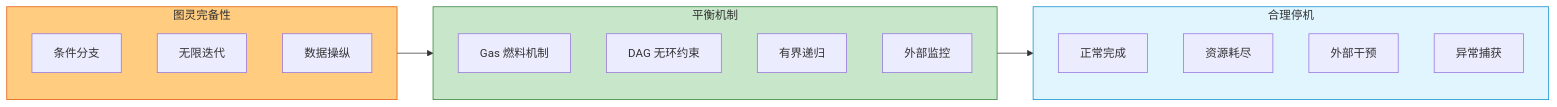
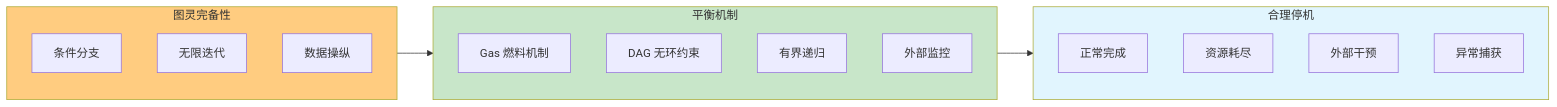
Diagram 16 of 16 in papers/Architecture_Diagrams.md (jeffery9/intentOS), drawn with Mermaid before and after one commit. The commit also changed other lines of this file, not shown here.

First line of the commit message:
docs: 修复 Mermaid 图表语法错误

````diff
--- a/papers/Architecture_Diagrams.md
+++ b/papers/Architecture_Diagrams.md
@@ -559,29 +559,29 @@
 ```mermaid
 flowchart LR
     subgraph TC["图灵完备性"]
         TC1[条件分支]
         TC2[无限迭代]
         TC3[数据操纵]
     end
-    
+
     subgraph Balance["平衡机制"]
         B1[Gas 燃料机制]
         B2[DAG 无环约束]
         B3[有界递归]
         B4[外部监控]
     end
-    
+
     subgraph Halt["合理停机"]
         H1[正常完成]
         H2[资源耗尽]
         H3[外部干预]
         H4[异常捕获]
     end
-    
+
     TC --> Balance
     Balance --> Halt
-    
-    style TC fill:#ffcc80,stroke:#e65100
-    style Balance fill:#c8e6c9,stroke:#2e7d32
-    style Halt fill:#e1f5fe,stroke:#0288d1
+
+    style TC fill:#ffcc80
+    style Balance fill:#c8e6c9
+    style Halt fill:#e1f5fe
 ```
````
